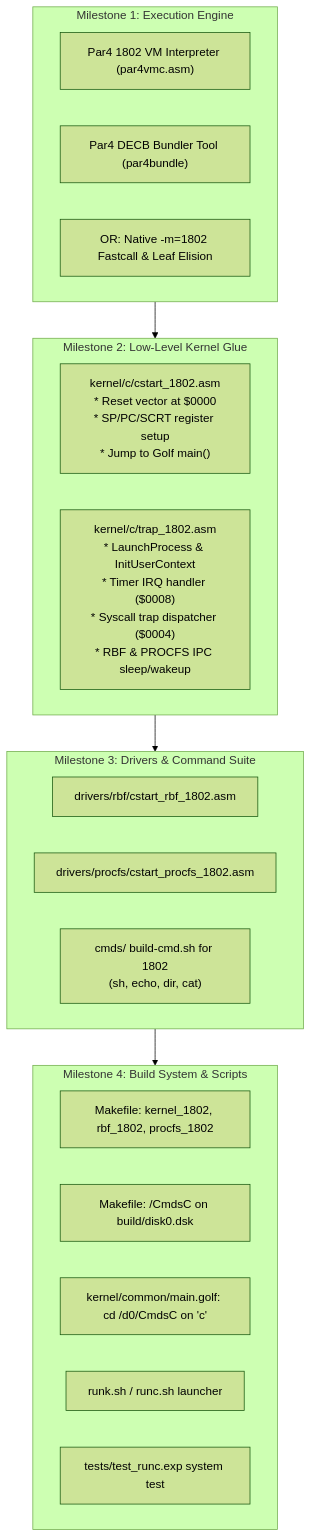
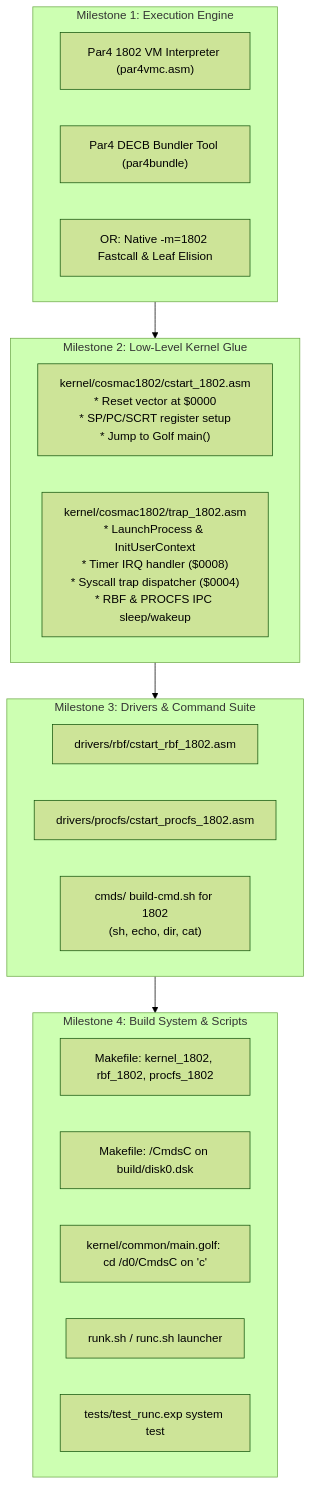
One commit to strickyak/hatvan-os changed the second of 2 diagrams in doc/todo-1802.md. Above: the diagram before and after it, drawn with Mermaid (forest theme). The commit also changed other lines of this file and 3 other files, not shown here.

Commit message:
renaming kernel/c to kernel/cosmac1802

````diff
--- a/doc/todo-1802.md
+++ b/doc/todo-1802.md
@@ -141,31 +141,31 @@
 ```mermaid
 flowchart TD
     subgraph Milestone1 ["Milestone 1: Execution Engine"]
         M1A["Par4 1802 VM Interpreter (par4vmc.asm)"]
         M1B["Par4 DECB Bundler Tool (par4bundle)"]
         M1C["OR: Native -m=1802 Fastcall & Leaf Elision"]
     end
 
     subgraph Milestone2 ["Milestone 2: Low-Level Kernel Glue"]
-        M2A["kernel/c/cstart_1802.asm\n* Reset vector at $0000\n* SP/PC/SCRT register setup\n* Jump to Golf main()"]
-        M2B["kernel/c/trap_1802.asm\n* LaunchProcess & InitUserContext\n* Timer IRQ handler ($0008)\n* Syscall trap dispatcher ($0004)\n* RBF & PROCFS IPC sleep/wakeup"]
+        M2A["kernel/cosmac1802/cstart_1802.asm\n* Reset vector at $0000\n* SP/PC/SCRT register setup\n* Jump to Golf main()"]
+        M2B["kernel/cosmac1802/trap_1802.asm\n* LaunchProcess & InitUserContext\n* Timer IRQ handler ($0008)\n* Syscall trap dispatcher ($0004)\n* RBF & PROCFS IPC sleep/wakeup"]
     end
 
     subgraph Milestone3 ["Milestone 3: Drivers & Command Suite"]
         M3A["drivers/rbf/cstart_rbf_1802.asm"]
         M3B["drivers/procfs/cstart_procfs_1802.asm"]
         M3C["cmds/ build-cmd.sh for 1802\n(sh, echo, dir, cat)"]
     end
 
     subgraph Milestone4 ["Milestone 4: Build System & Scripts"]
         M4A["Makefile: kernel_1802, rbf_1802, procfs_1802"]
         M4B["Makefile: /CmdsC on build/disk0.dsk"]
         M4C["kernel/common/main.golf: cd /d0/CmdsC on 'c'"]
         M4D["runk.sh / runc.sh launcher"]
         M4E["tests/test_runc.exp system test"]
     end
 
     Milestone1 --> Milestone2
     Milestone2 --> Milestone3
     Milestone3 --> Milestone4
 ```
````
